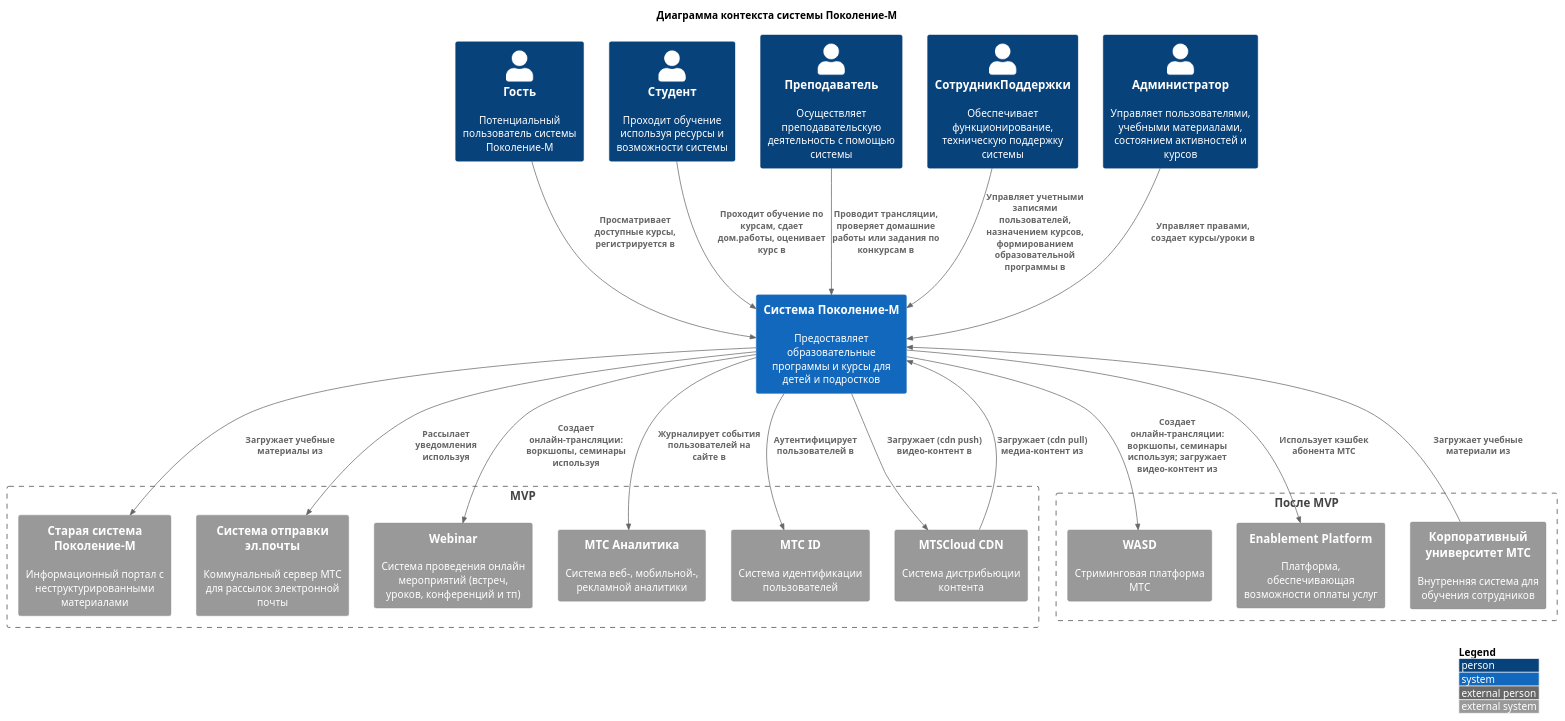
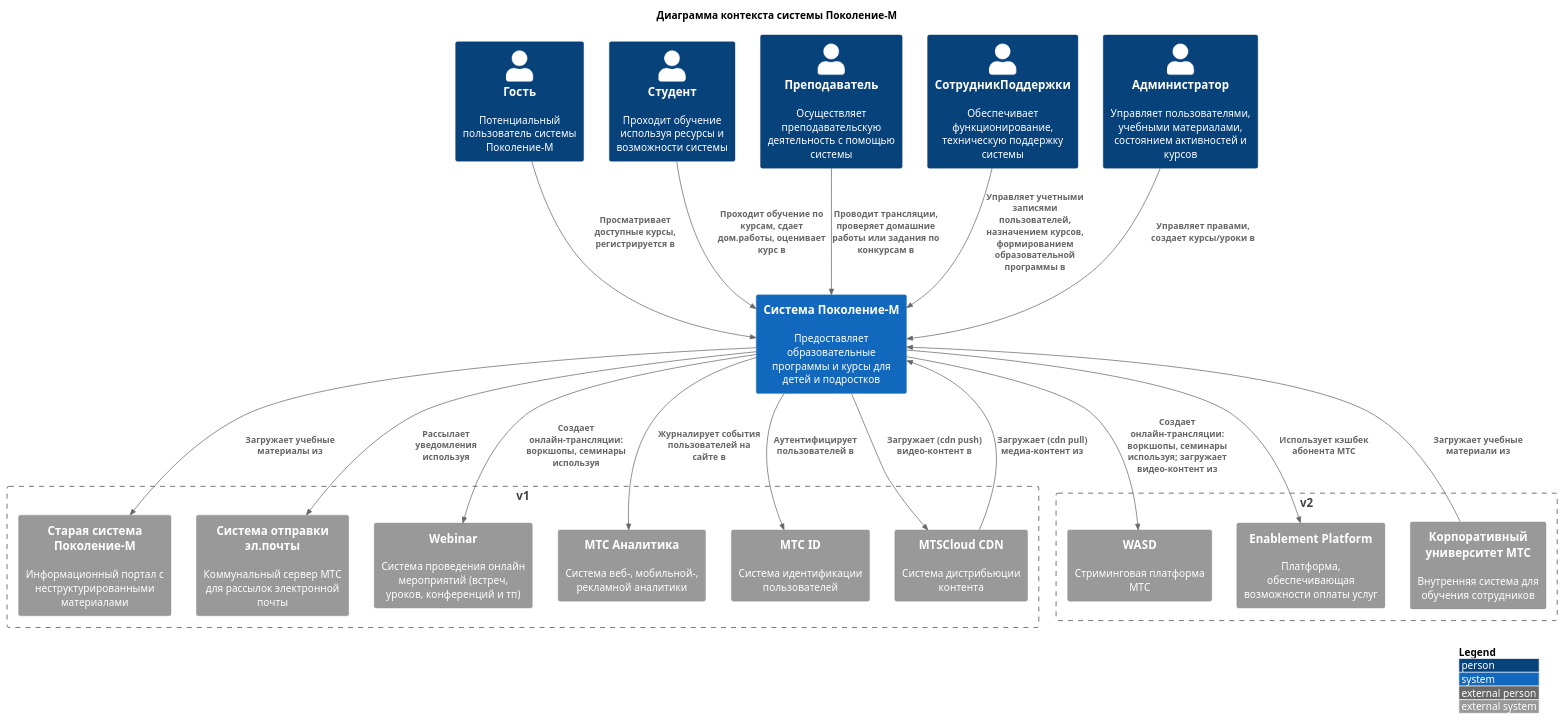
The diagram in docs/c4/context.md (karpoftea/mts-kata-2023), drawn with PlantUML before and after one commit. The commit also changed 10 other files, not shown here.

````diff
--- a/docs/c4/context.md
+++ b/docs/c4/context.md
@@ -3,50 +3,50 @@
 ```plantuml
 @startuml
 !include https://raw.githubusercontent.com/plantuml-stdlib/C4-PlantUML/master/C4_Context.puml
 
 LAYOUT_WITH_LEGEND()
 
 title Диаграмма контекста системы Поколение-М
 
 Person(guest, "Гость", "Потенциальный пользователь системы Поколение-М")
 Person(student, "Студент", "Проходит обучение используя ресурсы и возможности системы")
 Person(teacher, "Преподаватель", "Осуществляет преподавательскую деятельность с помощью системы")
 Person(support, "СотрудникПоддержки", "Обеспечивает функционирование, техническую поддержку системы")
 Person(admin, "Администратор", "Управляет пользователями, учебными материалами, состоянием активностей и курсов")
 
 System(sys, "Система Поколение-М", "Предоставляет образовательные программы и курсы для детей и подростков")
 
-Boundary(v1, "MVP") {
+Boundary(v1, "v1") {
     System_Ext(legacy, "Старая система Поколение-М", "Информационный портал с неструктурированными материалами")
     System_Ext(emailsys, "Система отправки эл.почты", "Коммунальный сервер МТС для рассылок электронной почты")
     System_Ext(webinar, "Webinar", "Система проведения онлайн мероприятий (встреч, уроков, конференций и тп)")
     System_Ext(mtsa, "МТС Аналитика", "Система веб-, мобильной-, рекламной аналитики")
     System_Ext(mtsid, "МТС ID", "Система идентификации пользователей")
     System_Ext(mtscloudcdn, "MTSCloud CDN", "Система дистрибьюции контента")
 }
 
 Rel(guest, sys, "Просматривает доступные курсы, регистрируется в")
 Rel(student, sys, "Проходит обучение по курсам, сдает дом.работы, оценивает курс в")
 Rel(teacher, sys, "Проводит трансляции, проверяет домашние работы или задания по конкурсам в")
 Rel(support, sys, "Управляет учетными записями пользователей, назначением курсов, формированием образовательной программы в")
 Rel(admin, sys, "Управляет правами, создает курсы/уроки в")
 Rel(sys, legacy, "Загружает учебные материалы из")
 Rel(sys, emailsys, "Рассылает уведомления используя")
 Rel(sys, webinar, "Создает онлайн-трансляции: воркшопы, семинары используя")
 Rel(sys, mtsa, "Журналирует события пользователей на сайте в")
 Rel(sys, mtsid, "Аутентифицирует пользователей в")
 Rel(sys, mtscloudcdn, "Загружает (cdn push) видео-контент в")
 Rel(mtscloudcdn, sys, "Загружает (cdn pull) медиа-контент из")
 
-Boundary(v2, "После MVP") {
+Boundary(v2, "v2") {
     System_Ext(wasd, "WASD", "Стриминговая платформа МТС")
     System_Ext(univer, "Корпоративный университет МТС", "Внутренняя система для обучения сотрудников")
     System_Ext(enaplat, "Enablement Platform", "Платформа, обеспечивающая возможности оплаты услуг")
 }
 
 Rel(sys, wasd, "Создает онлайн-трансляции: воркшопы, семинары используя; загружает видео-контент из")
 Rel(univer, sys, "Загружает учебные материали из")
 Rel(sys, enaplat, "Использует кэшбек абонента МТС")
 
 @enduml
 ```
````
